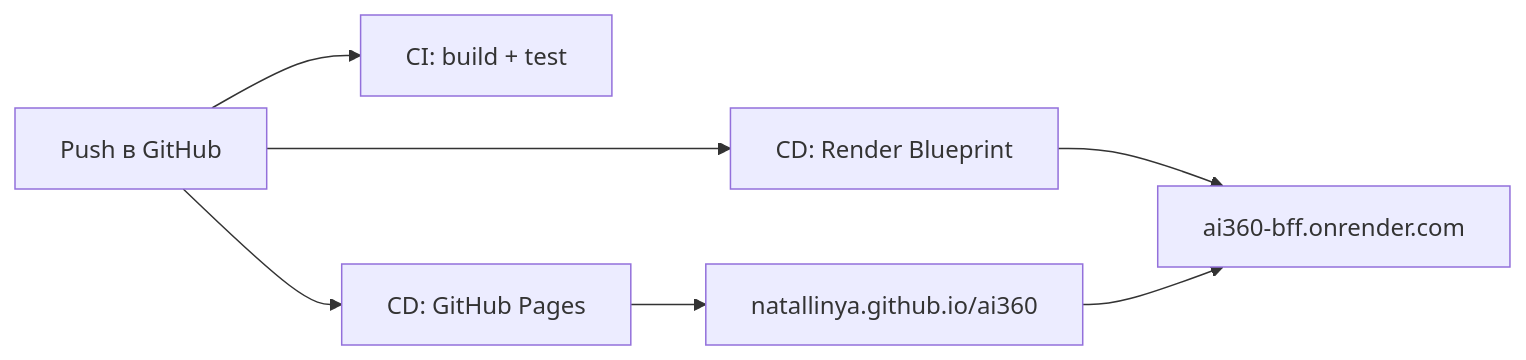
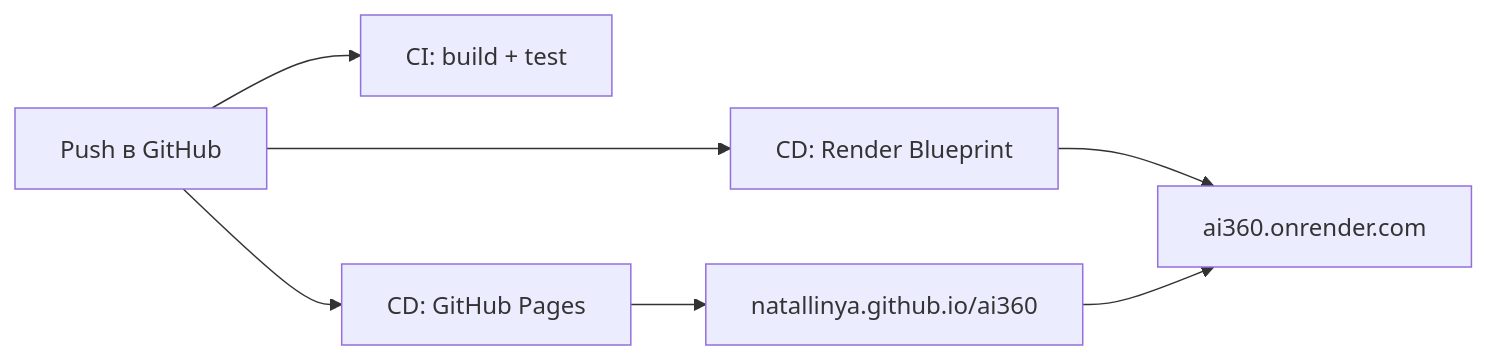
Before and after one commit to Natallinya/ai360: the diagram in docs/DEPLOYMENT.md, drawn with Mermaid. The commit also changed other lines of this file and 5 other files, not shown here.

````diff
--- a/docs/DEPLOYMENT.md
+++ b/docs/DEPLOYMENT.md
@@ -16,9 +16,9 @@
 ```mermaid
 flowchart LR
   dev[Push в GitHub] --> ci[CI: build + test]
   dev --> cdWeb[CD: GitHub Pages]
   dev --> cdApi[CD: Render Blueprint]
   cdWeb --> pages[natallinya.github.io/ai360]
-  cdApi --> bff[ai360-bff.onrender.com]
+  cdApi --> bff[ai360.onrender.com]
   pages --> bff
 ```
````
